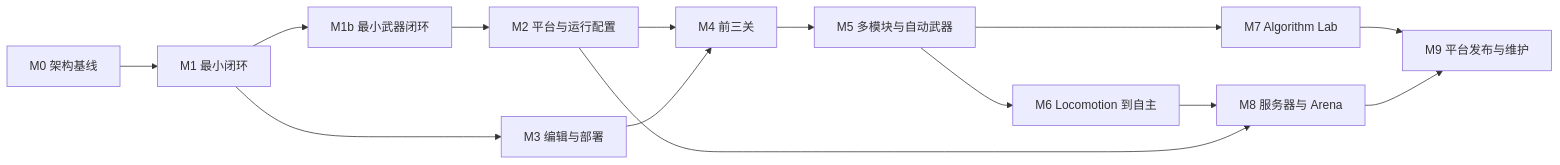
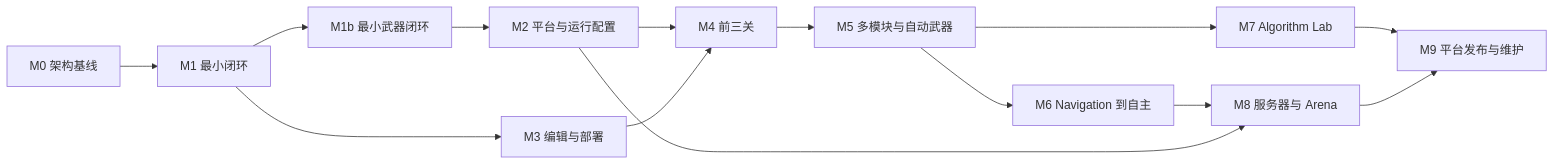
One commit to Yangyongyu0506/TankBot changed the first of 2 diagrams in docs/10_DEVELOPMENT_ROADMAP.md. Above: the diagram before and after it, drawn with Mermaid. The commit also changed other lines of this file and 69 other files, not shown here.

````diff
--- a/docs/10_DEVELOPMENT_ROADMAP.md
+++ b/docs/10_DEVELOPMENT_ROADMAP.md
@@ -7,16 +7,16 @@
 ```mermaid
 flowchart LR
     M0[M0 架构基线] --> M1[M1 最小闭环]
     M1 --> M1b[M1b 最小武器闭环]
     M1b --> M2[M2 平台与运行配置]
     M1 --> M3[M3 编辑与部署]
     M2 --> M4[M4 前三关]
     M3 --> M4
     M4 --> M5[M5 多模块与自动武器]
-    M5 --> M6[M6 Locomotion 到自主]
+    M5 --> M6[M6 Navigation 到自主]
     M5 --> M7[M7 Algorithm Lab]
     M6 --> M8[M8 服务器与 Arena]
     M2 --> M8
     M7 --> M9[M9 平台发布与维护]
     M8 --> M9
 ```
````
